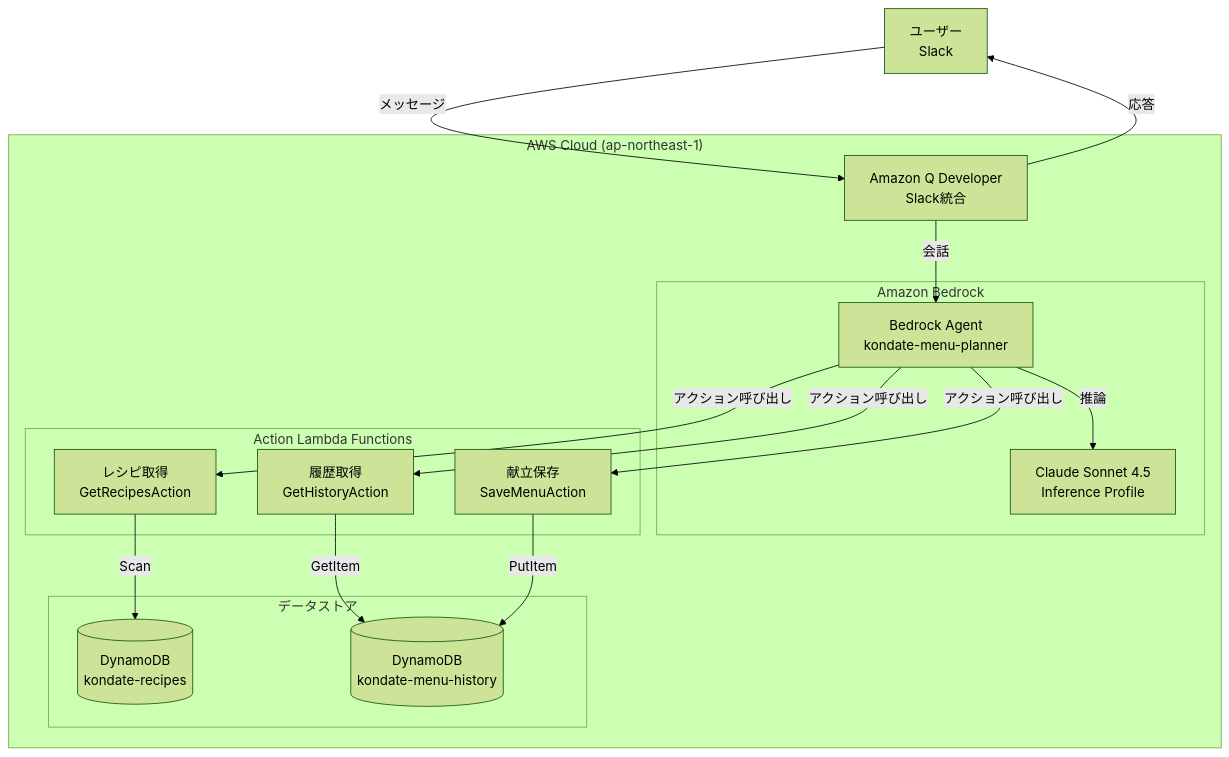
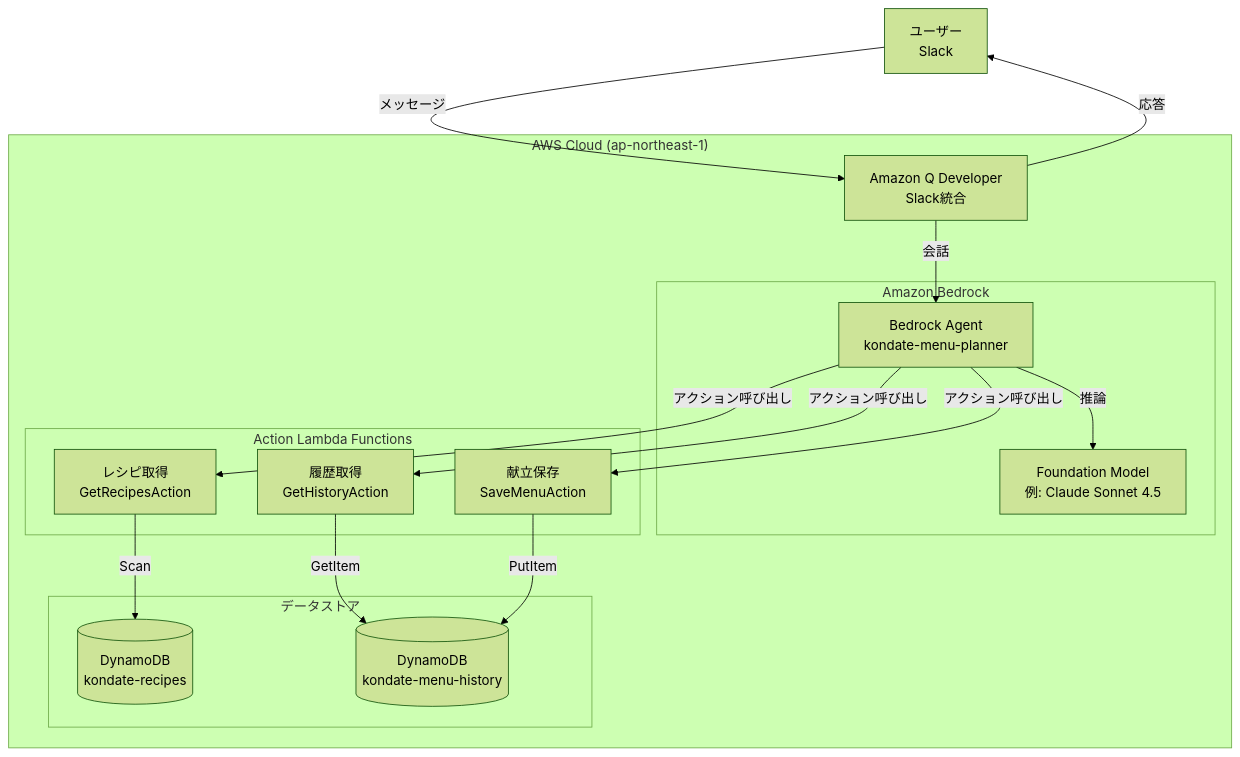
One commit to takuya29/kondate-planner changed the first of 2 diagrams in README.md. Above: the diagram before and after it, drawn with Mermaid (forest theme). The commit also changed other lines of this file, not shown here.

````diff
--- a/README.md
+++ b/README.md
@@ -16,38 +16,38 @@
 ```mermaid
 graph TB
     User[ユーザー<br/>Slack]
 
     subgraph AWS["AWS Cloud (ap-northeast-1)"]
         Chatbot[Amazon Q Developer<br/>Slack統合]
 
         subgraph Bedrock["Amazon Bedrock"]
             Agent[Bedrock Agent<br/>kondate-menu-planner]
-            Claude[Claude Sonnet 4.5<br/>Inference Profile]
+            Model[Foundation Model<br/>例: Claude Sonnet 4.5]
         end
 
         subgraph Lambda["Action Lambda Functions"]
             GetRecipes[レシピ取得<br/>GetRecipesAction]
             GetHistory[履歴取得<br/>GetHistoryAction]
             SaveMenu[献立保存<br/>SaveMenuAction]
         end
 
         subgraph Storage["データストア"]
             RecipesDB[(DynamoDB<br/>kondate-recipes)]
             HistoryDB[(DynamoDB<br/>kondate-menu-history)]
         end
     end
 
     User -->|メッセージ| Chatbot
     Chatbot -->|会話| Agent
 
-    Agent -->|推論| Claude
+    Agent -->|推論| Model
     Agent -->|アクション呼び出し| GetRecipes
     Agent -->|アクション呼び出し| GetHistory
     Agent -->|アクション呼び出し| SaveMenu
 
     GetRecipes -->|Scan| RecipesDB
     GetHistory -->|GetItem| HistoryDB
     SaveMenu -->|PutItem| HistoryDB
 
     Chatbot -->|応答| User
 ```
````
